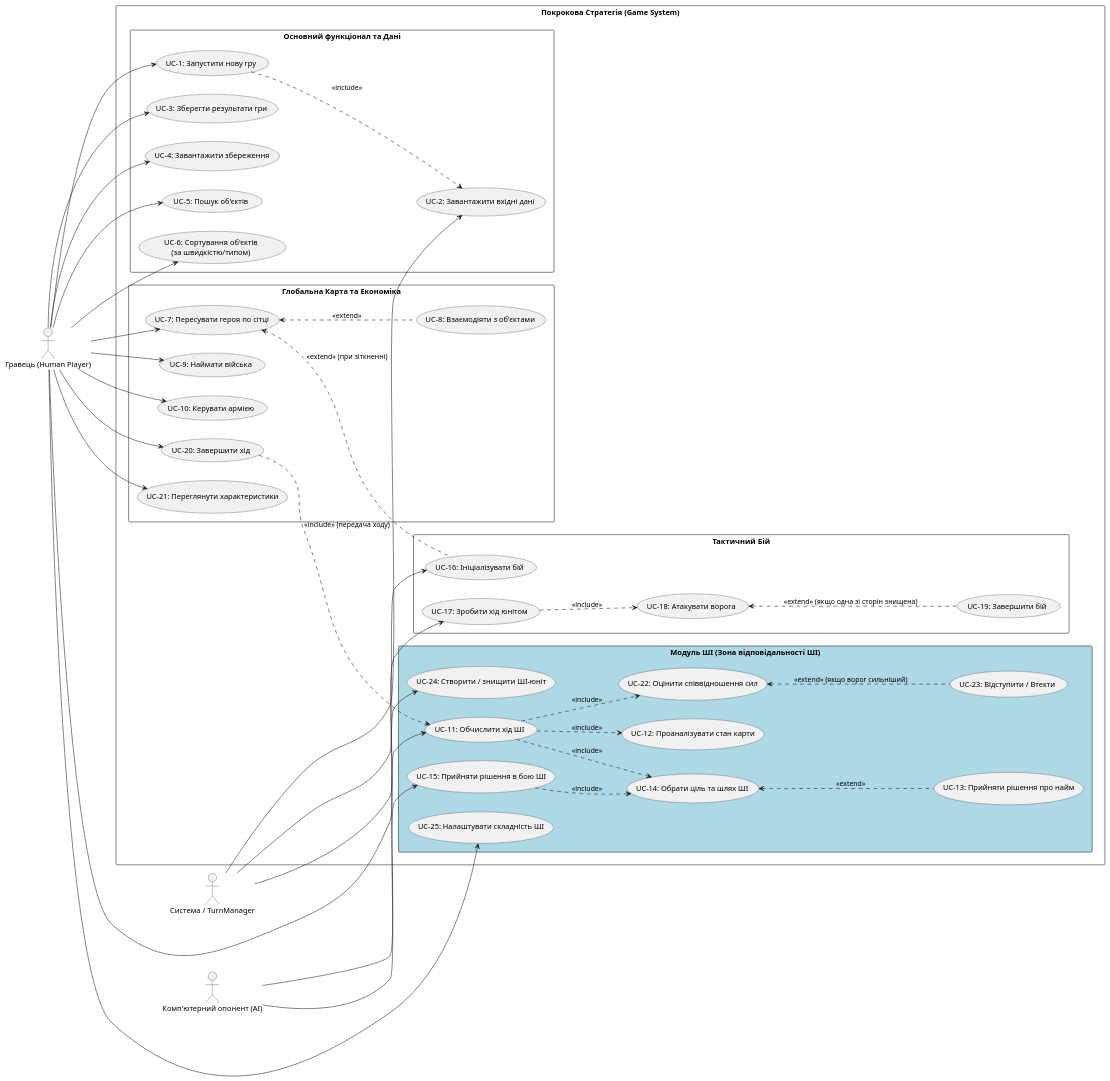
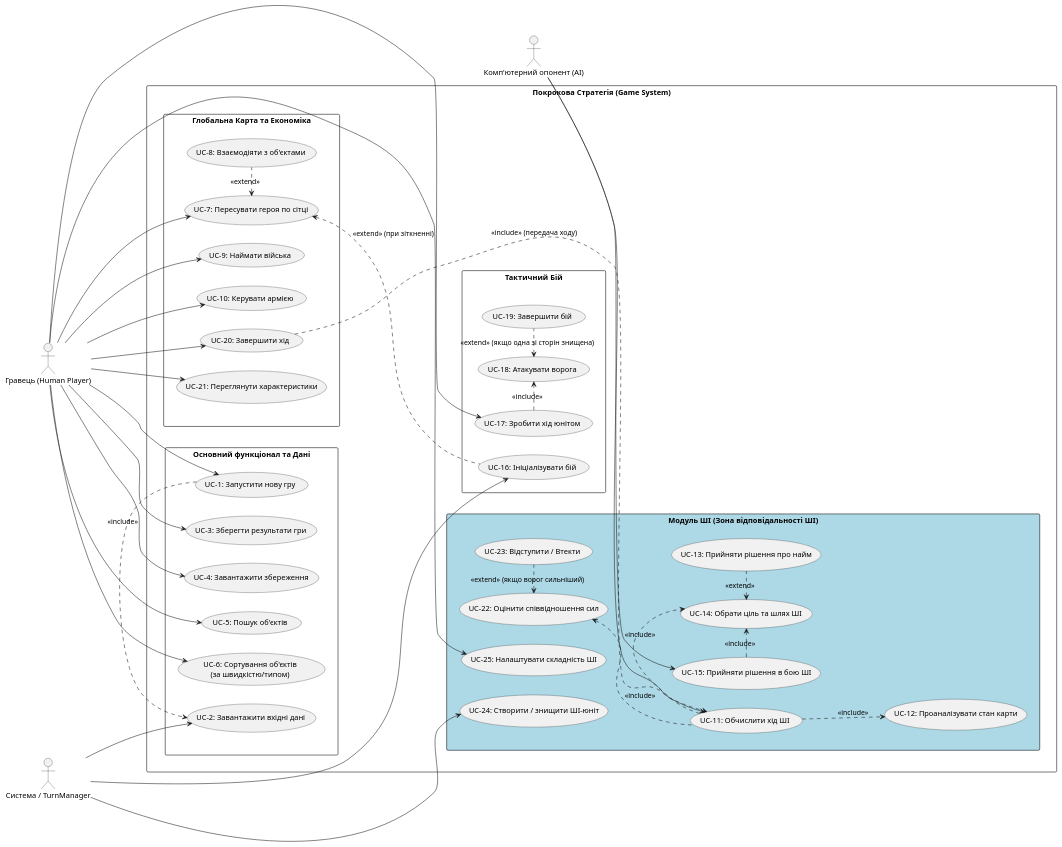
The diagram in Docs/UML/usecase_diagram.puml (Krugovaya-Poryka/CSG), drawn with PlantUML before and after one commit. The commit also changed 2 other files, not shown here.

Commit message:
last upd uml

```diff
--- a/Docs/UML/usecase_diagram.puml
+++ b/Docs/UML/usecase_diagram.puml
@@ -1,92 +1,116 @@
 @startuml
 left to right direction
 skinparam packageStyle rectangle
+
+' Стилізація як на малюнку
+skinparam rectangle {
+    BackgroundColor white
+    BorderColor black
+}
+skinparam package {
+    BackgroundColor white
+    BorderColor black
+}
 
 actor "Гравець (Human Player)" as Player
 actor "Комп'ютерний опонент (AI)" as AI
 actor "Система / TurnManager" as System
 
 rectangle "Покрокова Стратегія (Game System)" {
 
+    ' Лівий верхній пакет
+    package "Глобальна Карта та Економіка" {
+        usecase "UC-7: Пересувати героя по сітці" as UC7
+        usecase "UC-8: Взаємодіяти з об'єктами" as UC8
+        usecase "UC-9: Наймати війська" as UC9
+        usecase "UC-10: Керувати армією" as UC10
+        usecase "UC-20: Завершити хід" as UC20
+        usecase "UC-21: Переглянути характеристики" as UC21
+    }
+
+    ' Правий верхній пакет
     package "Основний функціонал та Дані" {
         usecase "UC-1: Запустити нову гру" as UC1
         usecase "UC-2: Завантажити вхідні дані" as UC2
         usecase "UC-3: Зберегти результати гри" as UC3
         usecase "UC-4: Завантажити збереження" as UC4
         usecase "UC-5: Пошук об'єктів" as UC5
         usecase "UC-6: Сортування об'єктів\n(за швидкістю/типом)" as UC6
     }
 
-    package "Глобальна Карта та Економіка" {
-        usecase "UC-7: Пересувати героя по сітці" as UC7
-        usecase "UC-8: Взаємодіяти з об'єктами" as UC8
-        usecase "UC-9: Наймати війська" as UC9
-        usecase "UC-10: Керувати армією" as UC10
-        usecase "UC-20: Завершити хід" as UC20
-        usecase "UC-21: Переглянути характеристики" as UC21
+    ' Лівий нижній пакет
+    package "Тактичний Бій" {
+        usecase "UC-16: Ініціалізувати бій" as UC16
+        usecase "UC-17: Зробити хід юнітом" as UC17
+        usecase "UC-18: Атакувати ворога" as UC18
+        usecase "UC-19: Завершити бій" as UC19
     }
 
+    ' Правий нижній пакет (блакитний)
     package "Модуль ШІ (Зона відповідальності ШІ)" #LightBlue {
         usecase "UC-11: Обчислити хід ШІ" as UC11
         usecase "UC-12: Проаналізувати стан карти" as UC12
         usecase "UC-13: Прийняти рішення про найм" as UC13
         usecase "UC-14: Обрати ціль та шлях ШІ" as UC14
         usecase "UC-15: Прийняти рішення в бою ШІ" as UC15
         usecase "UC-22: Оцінити співвідношення сил" as UC22
         usecase "UC-23: Відступити / Втекти" as UC23
         usecase "UC-24: Створити / знищити ШІ-юніт" as UC24
         usecase "UC-25: Налаштувати складність ШІ" as UC25
     }
-
-    package "Тактичний Бій" {
-        usecase "UC-16: Ініціалізувати бій" as UC16
-        usecase "UC-17: Зробити хід юнітом" as UC17
-        usecase "UC-18: Атакувати ворога" as UC18
-        usecase "UC-19: Завершити бій" as UC19
-    }
 }
 
-' Зв'язки Гравця
+' Приховане вирівнювання пакетів 2x2 дляPlantUML
+"Глобальна Карта та Економіка" -[hidden]right-> "Основний функціонал та Дані"
+"Глобальна Карта та Економіка" -[hidden]down-> "Тактичний Бій"
+"Основний функціонал та Дані" -[hidden]down-> "Модуль ШІ (Зона відповідальності ШІ)"
+
+' ==========================================
+' ЗВ'ЯЗКИ АКТОРІВ (Згідно з вашим кодом)
+' ==========================================
+
 Player --> UC1
 Player --> UC3
 Player --> UC4
 Player --> UC5
 Player --> UC6
 Player --> UC7
 Player --> UC9
 Player --> UC10
 Player --> UC17
 Player --> UC20
 Player --> UC21
 Player --> UC25
 
-' Зв'язки ШІ
 AI --> UC11
 AI --> UC15
 
-' Зв'язки Системи
 System --> UC2
 System --> UC16
 System --> UC24
 
+' ==========================================
+' ВНУТРІШНІ ЗВ'ЯЗКИ (Include / Extend)
+' ==========================================
+
 ' Основний функціонал
-UC1 ..> UC2 : <<include>>
-UC20 ..> UC11 : <<include>> (передача ходу)
+UC1 .right.> UC2 : <<include>>
+UC20 .down.> UC11 : <<include>> (передача ходу)
 
 ' Модуль ШІ
-UC11 ..> UC12 : <<include>>
-UC11 ..> UC14 : <<include>>
-UC11 ..> UC22 : <<include>>
-UC15 ..> UC14 : <<include>>
-UC14 <.. UC13 : <<extend>>
-UC22 <.. UC23 : <<extend>> (якщо ворог сильніший)
+UC11 .right.> UC14 : <<include>>
+UC11 .down.> UC12 : <<include>>
+UC11 .up.> UC22 : <<include>>
+UC15 .right.> UC14 : <<include>>
+UC14 <.right. UC13 : <<extend>>
+UC22 <.right. UC23 : <<extend>> (якщо ворог сильніший)
 
 ' Глобальна карта
-UC7 <.. UC8 : <<extend>>
-UC7 <.. UC16 : <<extend>> (при зіткненні)
+UC7 <.right. UC8 : <<extend>>
+UC7 <.down. UC16 : <<extend>> (при зіткненні)
 
 ' Бій
-UC17 ..> UC18 : <<include>>
-UC18 <.. UC19 : <<extend>> (якщо одна зі сторін знищена)
+UC17 .right.> UC18 : <<include>>
+UC18 <.right. UC19 : <<extend>> (якщо одна зі сторін знищена)
 
 @enduml
```
